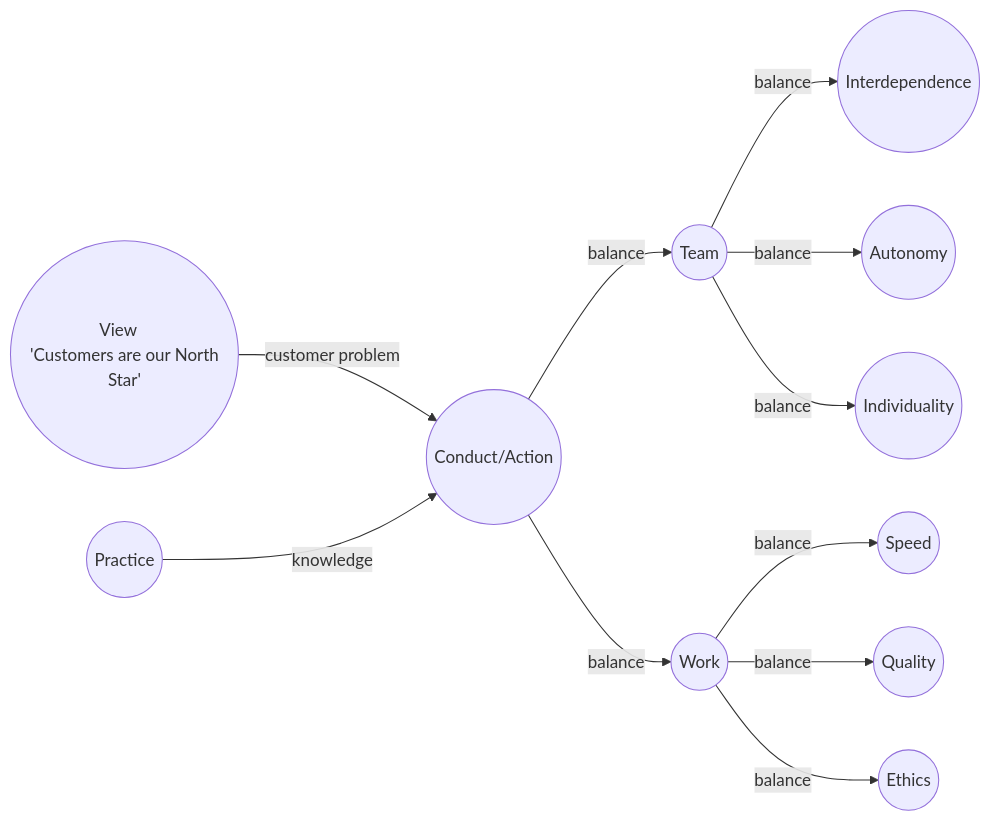
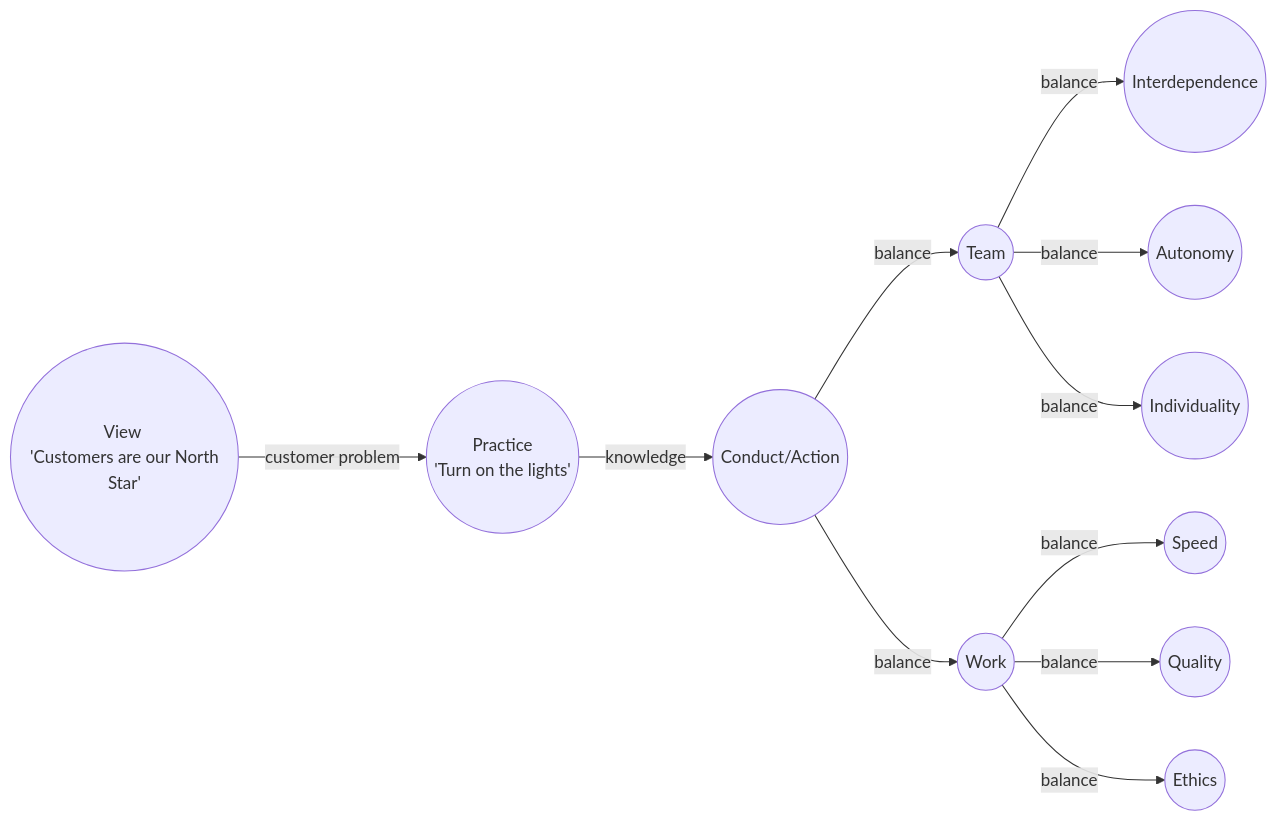
One commit to borisdev/resume changed the diagram in zillow.md. Above: the diagram before and after it, drawn with Mermaid.

Commit message:
zillow values as a diagram

````diff
--- a/zillow.md
+++ b/zillow.md
@@ -18,13 +18,13 @@
 ```mermaid
 flowchart LR
-    V(("View #nbsp; <br> 'Customers are our North Star'"))-- customer problem -->C(("Conduct"))
-    P(("Practice"))-- knowledge -->C(("Conduct"))
+    V(("View <br> 'Customers are our North Star'"))-- customer problem -->P(("Practice <br> 'Turn on the lights'"))
+    P(("Practice <br> 'Turn on the lights'"))-- knowledge -->C(("Conduct"))
     C(("Conduct/Action"))-- balance -->T(("Team"))
     C(("Conduct/Action"))-- balance -->W(("Work"))
     T(("Team"))-- balance -->ID(("Interdependence"))
     T(("Team"))-- balance -->A(("Autonomy"))
     T(("Team"))-- balance -->I(("Individuality"))
     W(("Work"))-- balance -->S(("Speed"))
     W(("Work"))-- balance -->Q(("Quality"))
     W(("Work"))-- balance -->E(("Ethics"))
 ```
````
